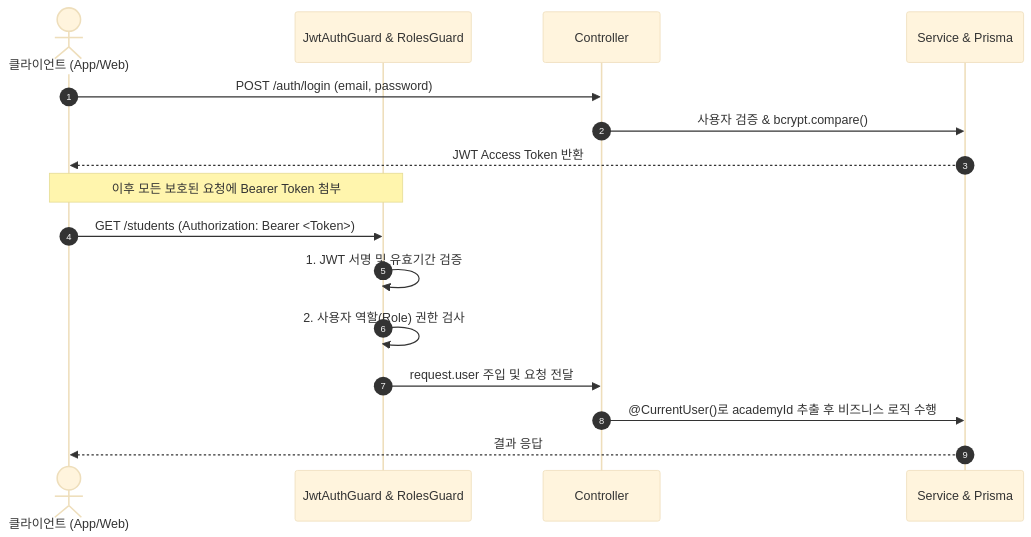
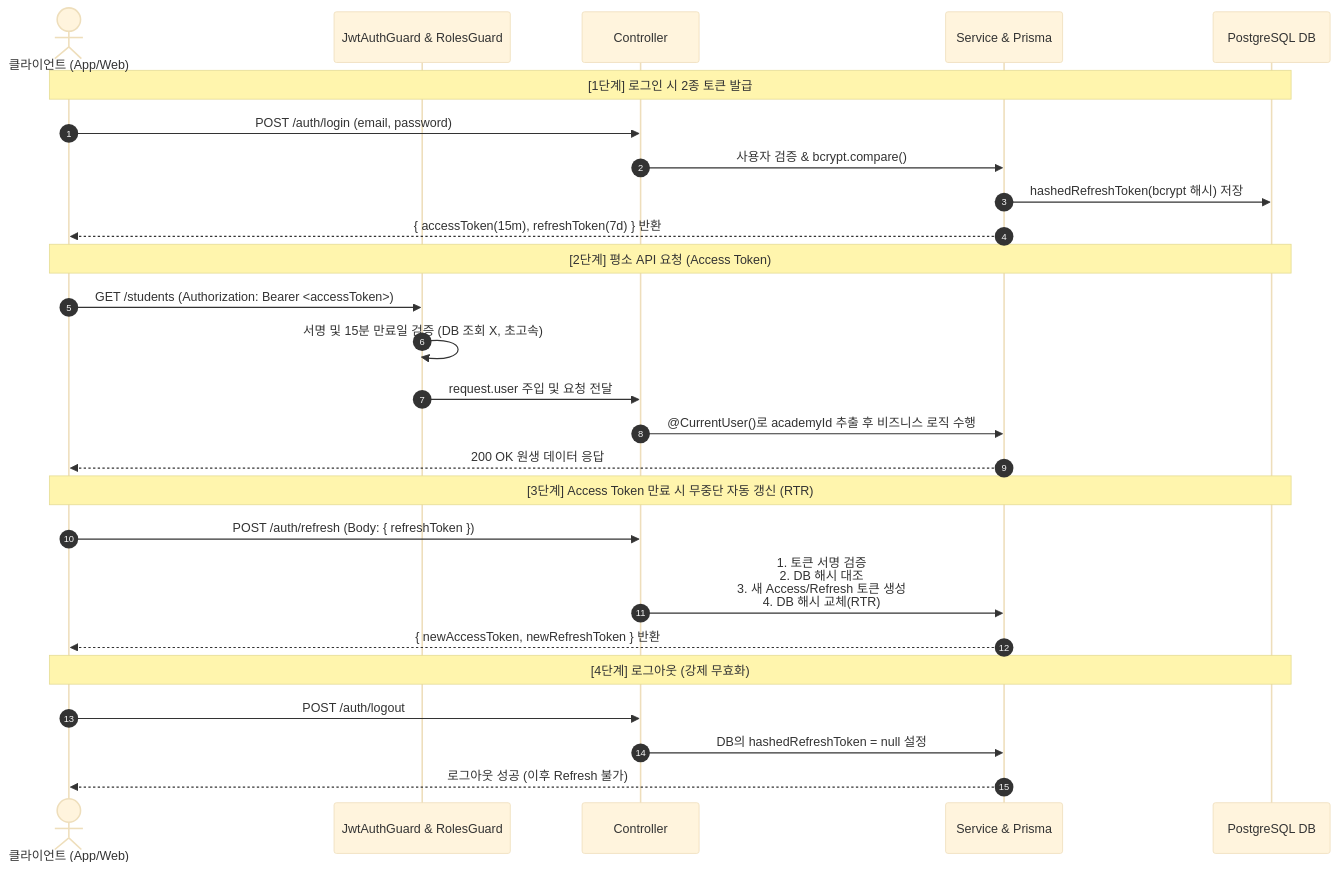
Before and after one commit to JoshyWoshy1212/ClassHelper: the diagram in backend/docs/auth-and-security.md, drawn with Mermaid (base theme). The commit also changed other lines of this file and 22 other files, not shown here.

Commit message:
feat: access token && refresh token usage updated && schema updated

````diff
--- a/backend/docs/auth-and-security.md
+++ b/backend/docs/auth-and-security.md
@@ -9,21 +9,32 @@
 ```mermaid
 sequenceDiagram
     autonumber
     actor Client as 클라이언트 (App/Web)
     participant Guard as JwtAuthGuard & RolesGuard
     participant Controller as Controller
     participant Service as Service & Prisma
+    participant DB as PostgreSQL DB
 
+    Note over Client, DB: [1단계] 로그인 시 2종 토큰 발급
     Client->>Controller: POST /auth/login (email, password)
     Controller->>Service: 사용자 검증 & bcrypt.compare()
-    Service-->>Client: JWT Access Token 반환
+    Service->>DB: hashedRefreshToken(bcrypt 해시) 저장
+    Service-->>Client: { accessToken(15m), refreshToken(7d) } 반환
 
-    Note over Client, Guard: 이후 모든 보호된 요청에 Bearer Token 첨부
-
-    Client->>Guard: GET /students (Authorization: Bearer <Token>)
-    Guard->>Guard: 1. JWT 서명 및 유효기간 검증
-    Guard->>Guard: 2. 사용자 역할(Role) 권한 검사
+    Note over Client, DB: [2단계] 평소 API 요청 (Access Token)
+    Client->>Guard: GET /students (Authorization: Bearer <accessToken>)
+    Guard->>Guard: 서명 및 15분 만료일 검증 (DB 조회 X, 초고속)
     Guard->>Controller: request.user 주입 및 요청 전달
     Controller->>Service: @CurrentUser()로 academyId 추출 후 비즈니스 로직 수행
-    Service-->>Client: 결과 응답
+    Service-->>Client: 200 OK 원생 데이터 응답
+
+    Note over Client, DB: [3단계] Access Token 만료 시 무중단 자동 갱신 (RTR)
+    Client->>Controller: POST /auth/refresh (Body: { refreshToken })
+    Controller->>Service: 1. 토큰 서명 검증<br/>2. DB 해시 대조<br/>3. 새 Access/Refresh 토큰 생성<br/>4. DB 해시 교체(RTR)
+    Service-->>Client: { newAccessToken, newRefreshToken } 반환
+
+    Note over Client, DB: [4단계] 로그아웃 (강제 무효화)
+    Client->>Controller: POST /auth/logout
+    Controller->>Service: DB의 hashedRefreshToken = null 설정
+    Service-->>Client: 로그아웃 성공 (이후 Refresh 불가)
 ```
````
